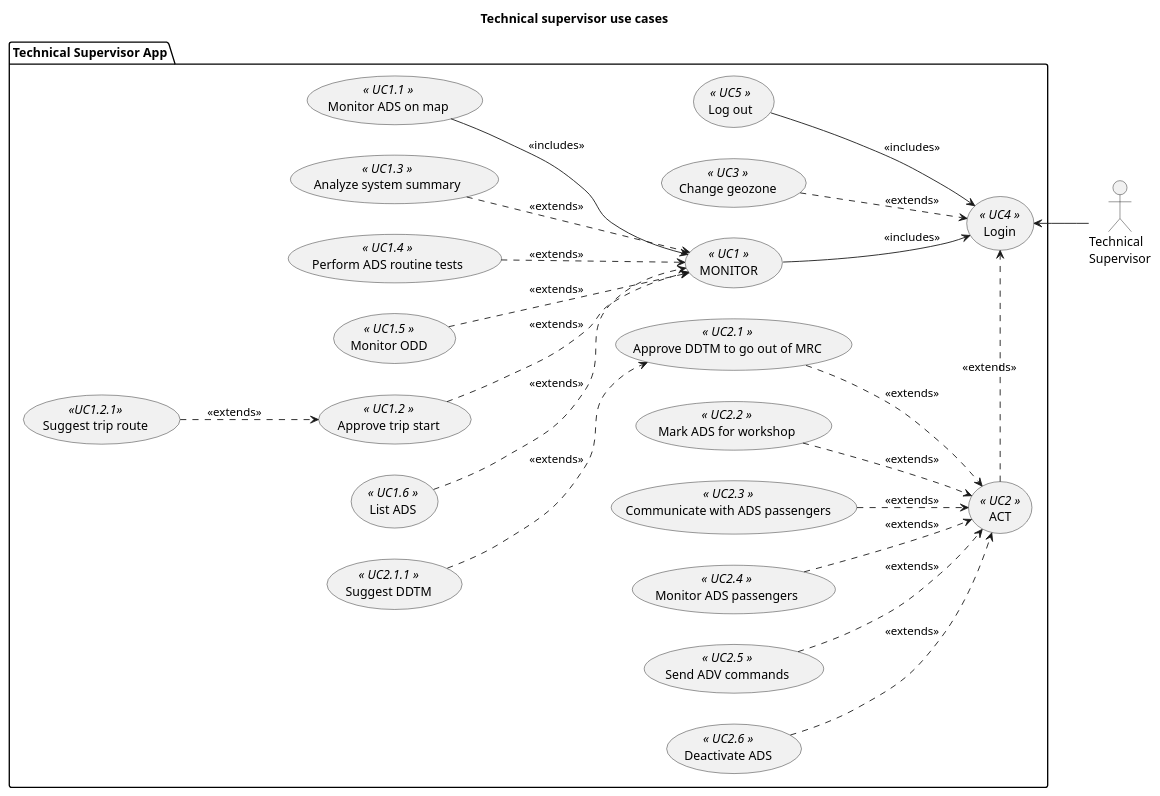
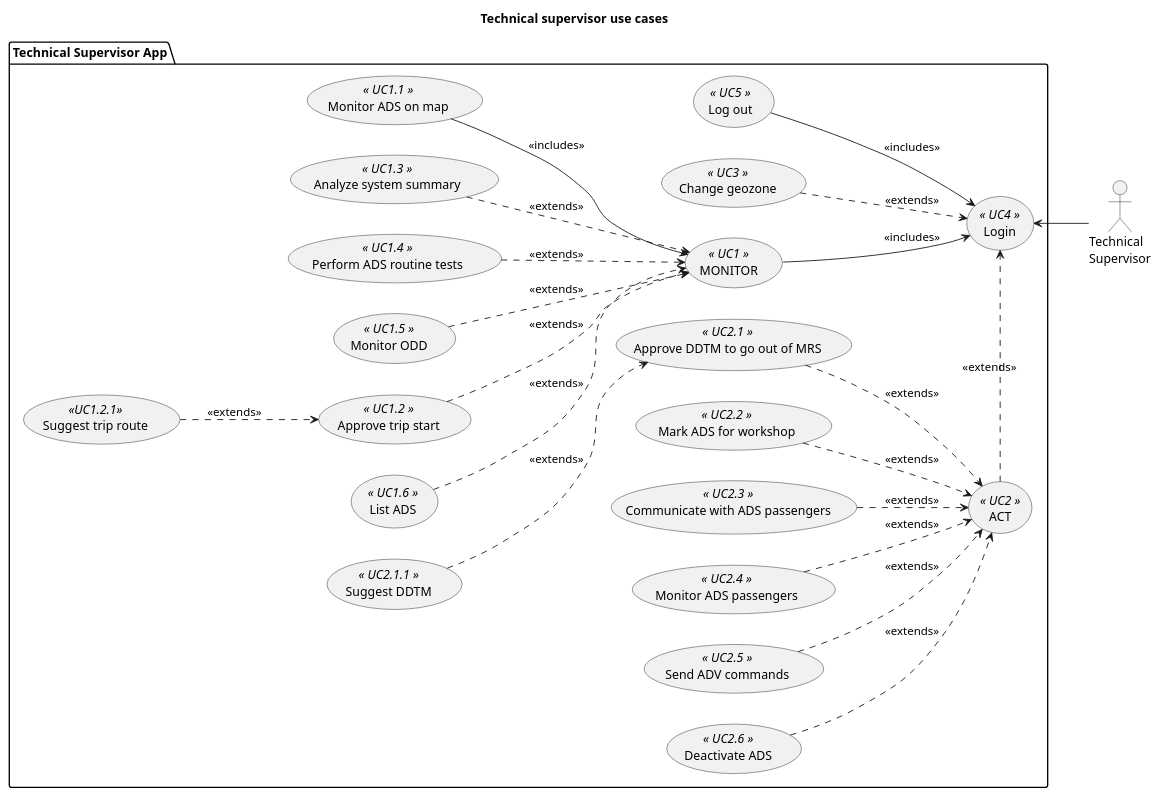
The diagram in technical_supervisor/use_cases.pu (bruno-motorai/uml), drawn with PlantUML before and after one commit. The commit also changed 3 other files, not shown here.

Commit message:
Use MRS instead of MRC

```diff
--- a/technical_supervisor/use_cases.pu
+++ b/technical_supervisor/use_cases.pu
@@ -1,59 +1,59 @@
 @startuml ts_use_cases
 title Technical supervisor use cases
 
 left to right direction
 
 actor :Technical\nSupervisor: as TS1
 
 package "Technical Supervisor App" {
     usecase UC4 as (Login) <<  UC4  >>
     usecase UC5 as (Log out) <<  UC5  >>
     usecase UC1 as (MONITOR)<<  UC1  >>
     usecase UC2 as (ACT) <<  UC2  >>
     usecase UC3 as (Change geozone) <<  UC3  >>
 
     ' Supervise system
     usecase UC102 as (Monitor ADS on map) <<  UC1.1  >>
     usecase UC100 as (Approve trip start) <<  UC1.2  >>
     usecase UC101 as (Analyze system summary) <<  UC1.3  >>
     usecase UC104 as (Perform ADS routine tests) <<  UC1.4  >>
     usecase UC105 as (Monitor ODD) <<  UC1.5  >>
     usecase UC106 as (Suggest trip route) << UC1.2.1 >>
     usecase UC107 as (List ADS) <<  UC1.6  >>
 
     ' Supervise ADS
-    usecase UC201 as (Approve DDTM to go out of MRC) <<  UC2.1  >>
+    usecase UC201 as (Approve DDTM to go out of MRS) <<  UC2.1  >>
     usecase UC202 as (Suggest DDTM) <<  UC2.1.1  >>
     usecase UC203 as (Mark ADS for workshop) <<  UC2.2  >>
     usecase UC204 as (Communicate with ADS passengers) <<  UC2.3  >>
     usecase UC205 as (Monitor ADS passengers) <<  UC2.4  >>
     usecase UC206 as (Send ADV commands) <<  UC2.5  >>
     usecase UC207 as (Deactivate ADS) <<  UC2.6  >>
 }
 
 ' User connections
 TS1 -up-> UC4
 UC2 -> UC4 #line.dashed : <<extends>> 
 UC1 --> UC4 : <<includes>> 
 UC3 --> UC4 #line.dashed : <<extends>> 
 UC5 --> UC4 : <<includes>>
 
 ' Supervise system
 UC100 --> UC1 #line.dashed : <<extends>>
 UC106 --> UC100 #line.dashed : <<extends>>
 UC101 --> UC1 #line.dashed : <<extends>>
 UC102 --> UC1 : <<includes>>
 UC104 --> UC1 #line.dashed : <<extends>>
 UC105 --> UC1 #line.dashed : <<extends>>
 UC107 --> UC1 #line.dashed : <<extends>>
 
 ' Supervise ADS
 UC201 --> UC2 #line.dashed : <<extends>>
 UC202 --> UC201 #line.dashed : <<extends>>
 UC203 --> UC2 #line.dashed : <<extends>>
 UC204 --> UC2 #line.dashed : <<extends>>
 UC205 --> UC2 #line.dashed : <<extends>>
 UC206 --> UC2 #line.dashed : <<extends>>
 UC207 --> UC2 #line.dashed : <<extends>>
 
 @enduml
```
